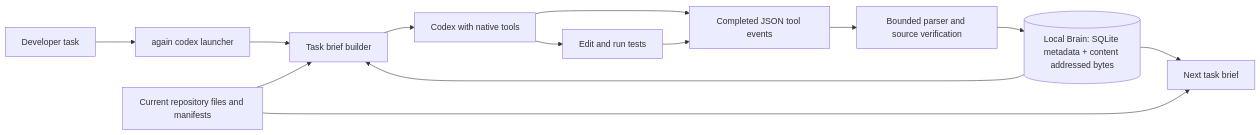
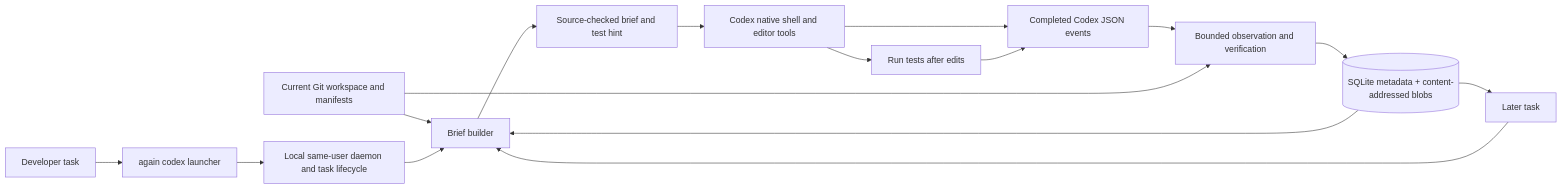
Before and after one commit to alakhanpal23/again: the diagram in README.md, drawn with Mermaid. The commit also changed other lines of this file and 2 other files, not shown here.

Commit message:
Document Again beta workflow and measured product status

````diff
--- a/README.md
+++ b/README.md
@@ -34,15 +54,18 @@
 ```mermaid
 flowchart LR
-  U[Developer task] --> L[again codex launcher]
-  L --> B[Task brief builder]
-  R[Current repository files and manifests] --> B
-  M[(Local Brain: SQLite metadata + content addressed bytes)] --> B
-  B --> C[Codex with native tools]
-  C --> E[Completed JSON tool events]
-  E --> V[Bounded parser and source verification]
-  V --> M
-  C --> T[Edit and run tests]
-  T --> E
-  M --> N[Next task brief]
-  R --> N
+  A[Developer task] --> L[again codex launcher]
+  L --> D[Local same-user daemon and task lifecycle]
+  W[Current Git workspace and manifests] --> B[Brief builder]
+  D --> B
+  M[(SQLite metadata + content-addressed blobs)] --> B
+  B --> P[Source-checked brief and test hint]
+  P --> C[Codex native shell and editor tools]
+  C --> J[Completed Codex JSON events]
+  J --> O[Bounded observation and verification]
+  W --> O
+  O --> M
+  M --> N[Later task]
+  N --> B
+  C --> T[Run tests after edits]
+  T --> J
 ```
````
